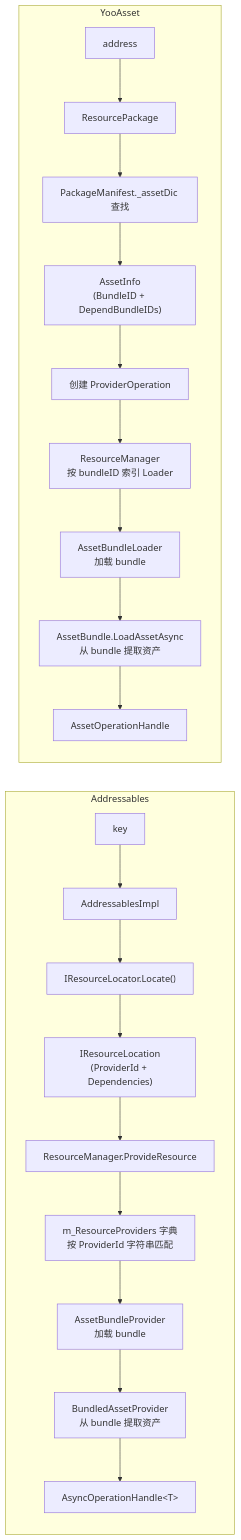
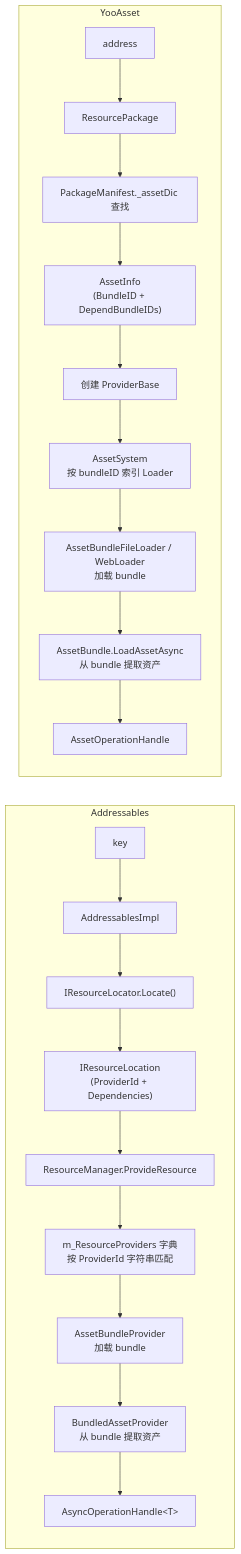
One commit to TwoEggDu/twoegg-tech-stack changed the first of 2 diagrams in content/engine-toolchain/unity-addressables-vs-yooasset-runtime-scheduling-comparison.md. Above: the diagram before and after it, drawn with Mermaid. The commit also changed other lines of this file and 17 other files, not shown here.

````diff
--- a/content/engine-toolchain/unity-addressables-vs-yooasset-runtime-scheduling-comparison.md
+++ b/content/engine-toolchain/unity-addressables-vs-yooasset-runtime-scheduling-comparison.md
@@ -161,26 +163,26 @@
 ```mermaid
 flowchart LR
     subgraph Addressables
         direction TB
         A1["key"] --> A2["AddressablesImpl"]
         A2 --> A3["IResourceLocator.Locate()"]
         A3 --> A4["IResourceLocation<br/>(ProviderId + Dependencies)"]
         A4 --> A5["ResourceManager.ProvideResource"]
         A5 --> A6["m_ResourceProviders 字典<br/>按 ProviderId 字符串匹配"]
         A6 --> A7["AssetBundleProvider<br/>加载 bundle"]
         A7 --> A8["BundledAssetProvider<br/>从 bundle 提取资产"]
         A8 --> A9["AsyncOperationHandle&lt;T&gt;"]
     end
 
     subgraph YooAsset
         direction TB
         B1["address"] --> B2["ResourcePackage"]
         B2 --> B3["PackageManifest._assetDic 查找"]
         B3 --> B4["AssetInfo<br/>(BundleID + DependBundleIDs)"]
-        B4 --> B5["创建 ProviderOperation"]
-        B5 --> B6["ResourceManager<br/>按 bundleID 索引 Loader"]
-        B6 --> B7["AssetBundleLoader<br/>加载 bundle"]
+        B4 --> B5["创建 ProviderBase"]
+        B5 --> B6["AssetSystem<br/>按 bundleID 索引 Loader"]
+        B6 --> B7["AssetBundleFileLoader / WebLoader<br/>加载 bundle"]
         B7 --> B8["AssetBundle.LoadAssetAsync<br/>从 bundle 提取资产"]
         B8 --> B9["AssetOperationHandle"]
     end
 ```
````
